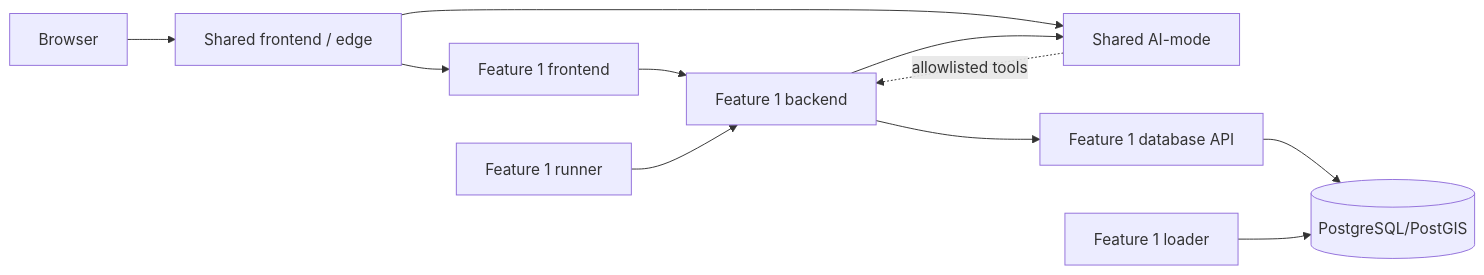
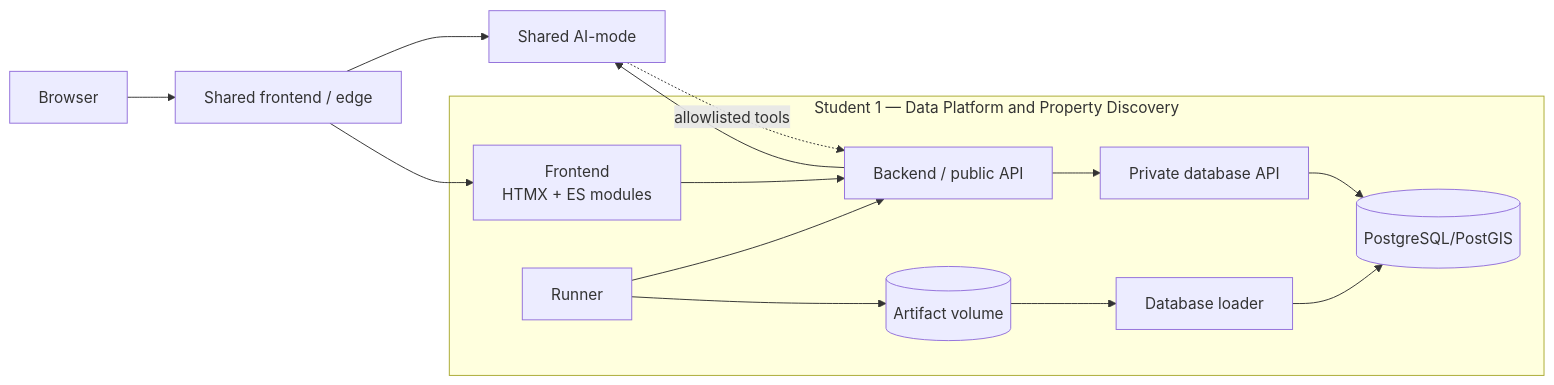
Before and after one commit to MattShelton04/41026ASDProject: the second of 5 diagrams in docs/reports/release-0-technical-report.md, drawn with Mermaid. The commit also changed other lines of this file, not shown here.

````diff
--- a/docs/reports/release-0-technical-report.md
+++ b/docs/reports/release-0-technical-report.md
@@ -303,13 +323,17 @@
 ```mermaid
 flowchart LR
     U[Browser] --> SF[Shared frontend / edge]
-    SF --> F1F[Feature 1 frontend]
     SF --> AI[Shared AI-mode]
-    F1F --> F1B[Feature 1 backend]
-    F1B --> DBA[Feature 1 database API]
+    subgraph F1[Student 1 — Data Platform and Property Discovery]
+        F1F[Frontend<br/>HTMX + ES modules] --> F1B[Backend / public API]
+        F1R[Runner] --> F1B
+        F1B --> DBA[Private database API]
+        DBA --> PG[(PostgreSQL/PostGIS)]
+        DBL[Database loader] --> PG
+        F1R --> AV[(Artifact volume)]
+        AV --> DBL
+    end
+    SF --> F1F
     F1B --> AI
-    F1R[Feature 1 runner] --> F1B
-    DBA --> PG[(PostgreSQL/PostGIS)]
-    DBL[Feature 1 loader] --> PG
     AI -. allowlisted tools .-> F1B
 ```
````
